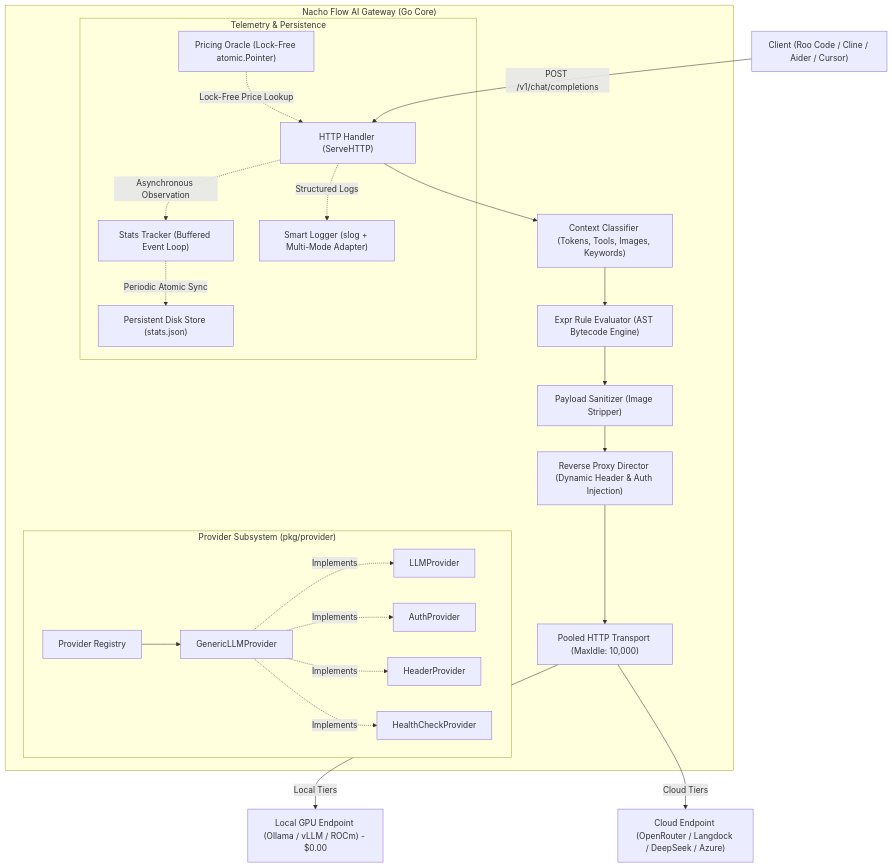
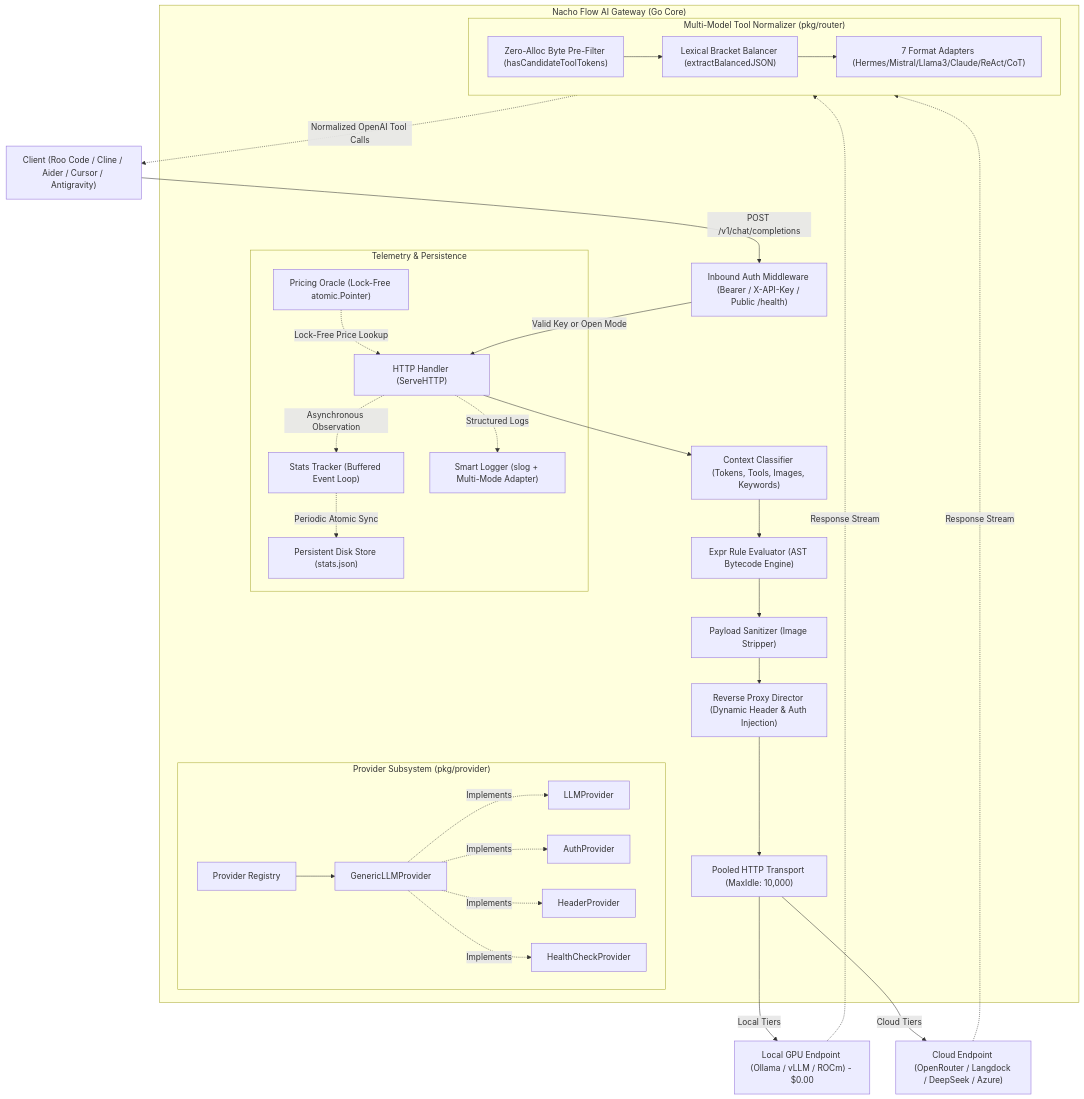
Before and after one commit to dixieflatline76/nacho-flow: the diagram in docs/ARCHITECTURE.md, drawn with Mermaid. The commit also changed other lines of this file and 3 other files, not shown here.

Commit message:
docs: comprehensive documentation update for multi-model tool normalizer, inbound auth, and homebrew tap

````diff
--- a/docs/ARCHITECTURE.md
+++ b/docs/ARCHITECTURE.md
@@ -9,49 +9,62 @@
 ```mermaid
 flowchart TD
-    Client["Client (Roo Code / Cline / Aider / Cursor)"]
+    Client["Client (Roo Code / Cline / Aider / Cursor / Antigravity)"]
     
     subgraph NachoFlow ["Nacho Flow AI Gateway (Go Core)"]
+        AuthGateway["Inbound Auth Middleware (Bearer / X-API-Key / Public /health)"]
         HTTPRouter["HTTP Handler (ServeHTTP)"]
         Classifier["Context Classifier (Tokens, Tools, Images, Keywords)"]
         Evaluator["Expr Rule Evaluator (AST Bytecode Engine)"]
         Sanitizer["Payload Sanitizer (Image Stripper)"]
         Director["Reverse Proxy Director (Dynamic Header & Auth Injection)"]
         PooledTransport["Pooled HTTP Transport (MaxIdle: 10,000)"]
         
+        subgraph ToolEngine ["Multi-Model Tool Normalizer (pkg/router)"]
+            FastFilter["Zero-Alloc Byte Pre-Filter (hasCandidateToolTokens)"]
+            JSONBalancer["Lexical Bracket Balancer (extractBalancedJSON)"]
+            ModelAdapters["7 Format Adapters (Hermes/Mistral/Llama3/Claude/ReAct/CoT)"]
+            FastFilter --> JSONBalancer --> ModelAdapters
+        end
+
         subgraph ProviderRegistry ["Provider Subsystem (pkg/provider)"]
             Registry["Provider Registry"]
             GenericLLM["GenericLLMProvider"]
             Registry --> GenericLLM
             GenericLLM -.->|Implements| ILLM["LLMProvider"]
             GenericLLM -.->|Implements| IAuth["AuthProvider"]
             GenericLLM -.->|Implements| IHead["HeaderProvider"]
             GenericLLM -.->|Implements| IHealth["HealthCheckProvider"]
         end
 
         subgraph TelemetryStack ["Telemetry & Persistence"]
             PricingOracle["Pricing Oracle (Lock-Free atomic.Pointer)"]
             StatsTracker["Stats Tracker (Buffered Event Loop)"]
             DiskStore["Persistent Disk Store (stats.json)"]
             SmartLogger["Smart Logger (slog + Multi-Mode Adapter)"]
             
             StatsTracker -.->|Periodic Atomic Sync| DiskStore
             PricingOracle -.->|Lock-Free Price Lookup| HTTPRouter
         end
     end
     
     LocalGPU["Local GPU Endpoint (Ollama / vLLM / ROCm) - $0.00"]
     CloudAPI["Cloud Endpoint (OpenRouter / Langdock / DeepSeek / Azure)"]
 
-    Client -->|POST /v1/chat/completions| HTTPRouter
+    Client -->|POST /v1/chat/completions| AuthGateway
+    AuthGateway -->|Valid Key or Open Mode| HTTPRouter
     HTTPRouter --> Classifier
     Classifier --> Evaluator
     Evaluator --> Sanitizer
     Sanitizer --> Director
     Director --> PooledTransport
     
     PooledTransport -->|Local Tiers| LocalGPU
     PooledTransport -->|Cloud Tiers| CloudAPI
     
+    LocalGPU -.->|Response Stream| ToolEngine
+    CloudAPI -.->|Response Stream| ToolEngine
+    ToolEngine -.->|Normalized OpenAI Tool Calls| Client
+    
     HTTPRouter -.->|Asynchronous Observation| StatsTracker
     HTTPRouter -.->|Structured Logs| SmartLogger
 ```
````
